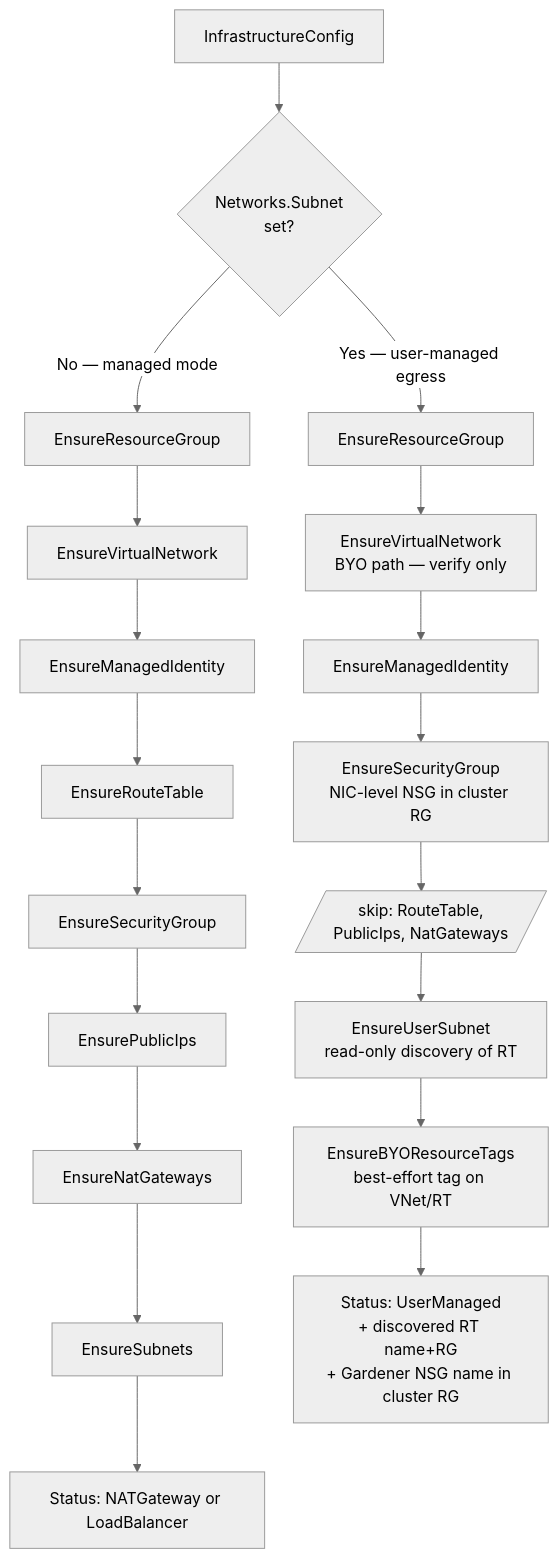
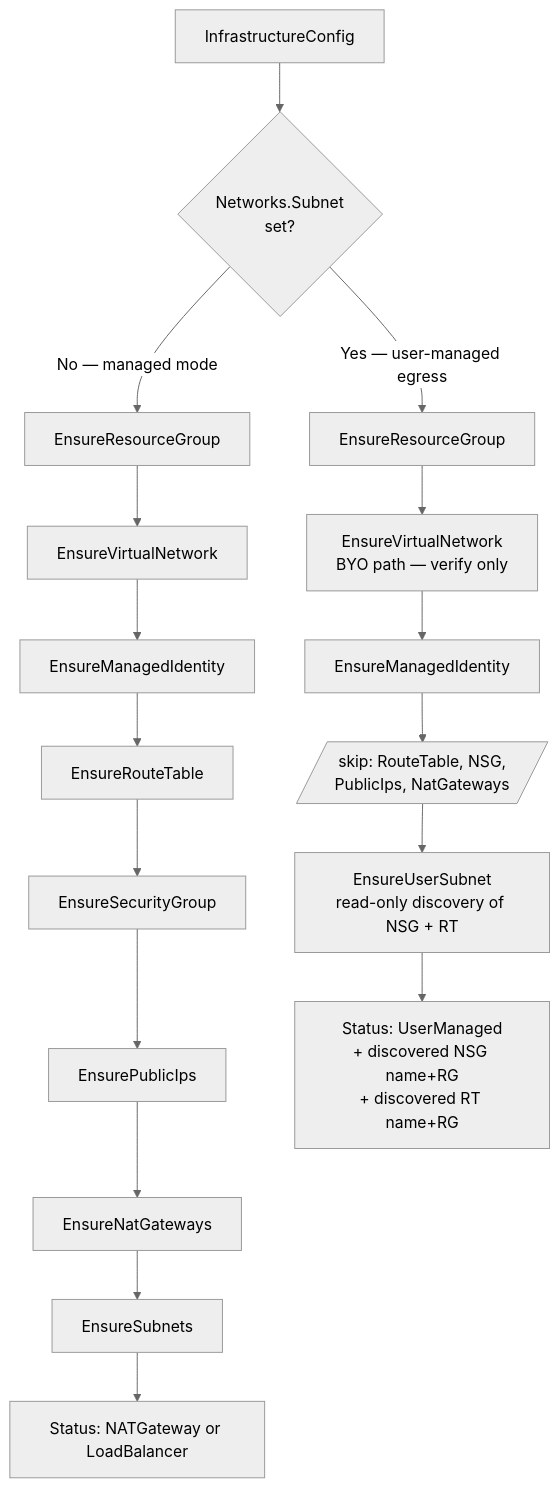
One commit to gardener/gardener-extension-provider-azure changed the diagram in docs/proposals/flexible-network-configuration-proposal.md. Above: the diagram before and after it, drawn with Mermaid (neutral theme). The commit also changed other lines of this file and 2 other files, not shown here.

First line of the commit message:
docs: revise NSG/RT design to subnet-attached, user-owned

````diff
--- a/docs/proposals/flexible-network-configuration-proposal.md
+++ b/docs/proposals/flexible-network-configuration-proposal.md
@@ -175,22 +174,20 @@
 ```mermaid
 flowchart TD
     Cfg[InfrastructureConfig] --> Ck{Networks.Subnet<br/>set?}
     Ck -->|No — managed mode| M1[EnsureResourceGroup]
     M1 --> M2[EnsureVirtualNetwork]
     M2 --> M3[EnsureManagedIdentity]
     M3 --> M4[EnsureRouteTable]
     M4 --> M5[EnsureSecurityGroup]
     M5 --> M6[EnsurePublicIps]
     M6 --> M7[EnsureNatGateways]
     M7 --> M8[EnsureSubnets]
     M8 --> MZ[Status: NATGateway or LoadBalancer]
 
     Ck -->|Yes — user-managed egress| B1[EnsureResourceGroup]
     B1 --> B2[EnsureVirtualNetwork<br/>BYO path — verify only]
     B2 --> B3[EnsureManagedIdentity]
-    B3 --> B4[EnsureSecurityGroup<br/>NIC-level NSG in cluster RG]
-    B4 --> BSk[/skip: RouteTable,<br/>PublicIps, NatGateways/]
-    BSk --> BUS[EnsureUserSubnet<br/>read-only discovery of RT]
-    BUS --> BT[EnsureBYOResourceTags<br/>best-effort tag on VNet/RT]
-    BT --> BZ[Status: UserManaged<br/>+ discovered RT name+RG<br/>+ Gardener NSG name in cluster RG]
+    B3 --> BSk[/skip: RouteTable, NSG,<br/>PublicIps, NatGateways/]
+    BSk --> BUS[EnsureUserSubnet<br/>read-only discovery of NSG + RT]
+    BUS --> BZ[Status: UserManaged<br/>+ discovered NSG name+RG<br/>+ discovered RT name+RG]
 ```
````
